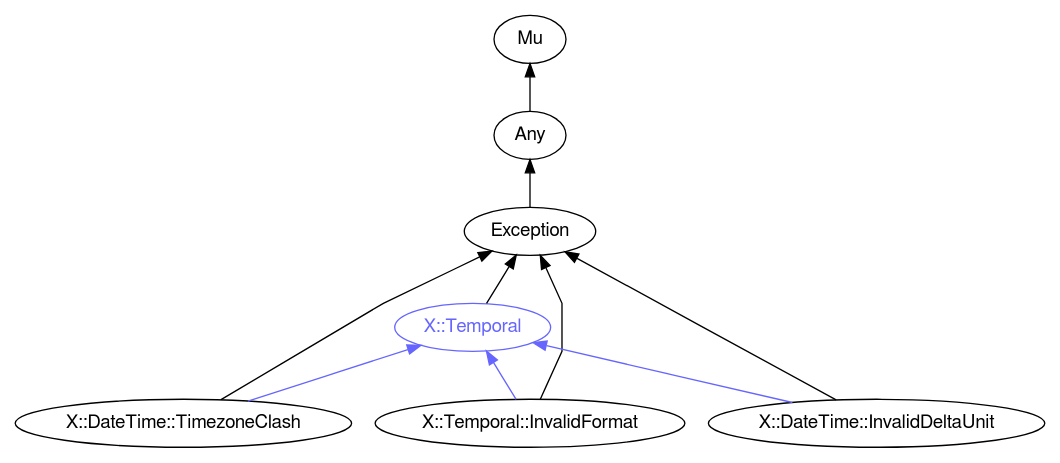
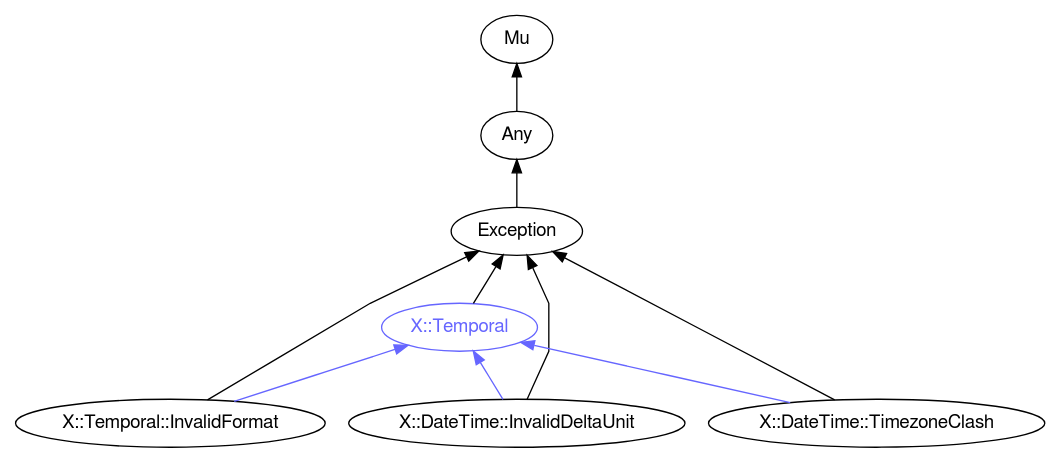
Before and after one commit to perl6docs/perl6docs.github.io: the diagram in images/type-graph-X::Temporal.svg.dot, drawn with Graphviz. The commit also changed other lines of this file and 4525 other files, not shown here.

```diff
--- a/images/type-graph-X::Temporal.svg.dot
+++ b/images/type-graph-X::Temporal.svg.dot
@@ -1,26 +1,26 @@
 digraph "perl6-type-graph" {
     rankdir=BT;
     splines=polyline;
     overlap=false; 
     // Types
     "X::Temporal" [color="#6666FF", fontcolor="#6666FF", href="/type/X::Temporal", fontname="FreeSans"];
     "Mu" [color="#000000", fontcolor="#000000", href="/type/Mu", fontname="FreeSans"];
     "Any" [color="#000000", fontcolor="#000000", href="/type/Any", fontname="FreeSans"];
     "Exception" [color="#000000", fontcolor="#000000", href="/type/Exception", fontname="FreeSans"];
-    "X::DateTime::TimezoneClash" [color="#000000", fontcolor="#000000", href="/type/X::DateTime::TimezoneClash", fontname="FreeSans"];
     "X::Temporal::InvalidFormat" [color="#000000", fontcolor="#000000", href="/type/X::Temporal::InvalidFormat", fontname="FreeSans"];
     "X::DateTime::InvalidDeltaUnit" [color="#000000", fontcolor="#000000", href="/type/X::DateTime::InvalidDeltaUnit", fontname="FreeSans"];
+    "X::DateTime::TimezoneClash" [color="#000000", fontcolor="#000000", href="/type/X::DateTime::TimezoneClash", fontname="FreeSans"];
 
     // Superclasses
     "X::Temporal" -> "Exception" [color="#000000"];
     "Any" -> "Mu" [color="#000000"];
     "Exception" -> "Any" [color="#000000"];
-    "X::DateTime::TimezoneClash" -> "Exception" [color="#000000"];
     "X::Temporal::InvalidFormat" -> "Exception" [color="#000000"];
     "X::DateTime::InvalidDeltaUnit" -> "Exception" [color="#000000"];
+    "X::DateTime::TimezoneClash" -> "Exception" [color="#000000"];
 
     // Roles
-    "X::DateTime::TimezoneClash" -> "X::Temporal" [color="#6666FF"];
     "X::Temporal::InvalidFormat" -> "X::Temporal" [color="#6666FF"];
     "X::DateTime::InvalidDeltaUnit" -> "X::Temporal" [color="#6666FF"];
+    "X::DateTime::TimezoneClash" -> "X::Temporal" [color="#6666FF"];
 }
```
